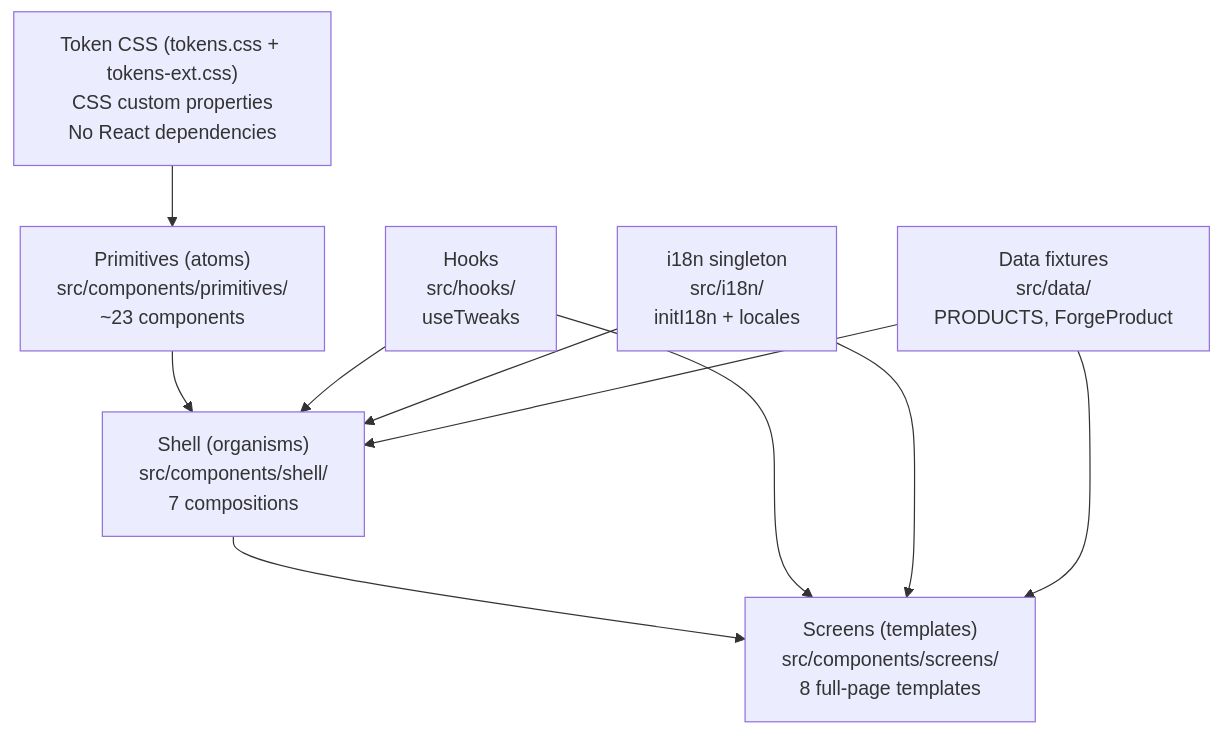
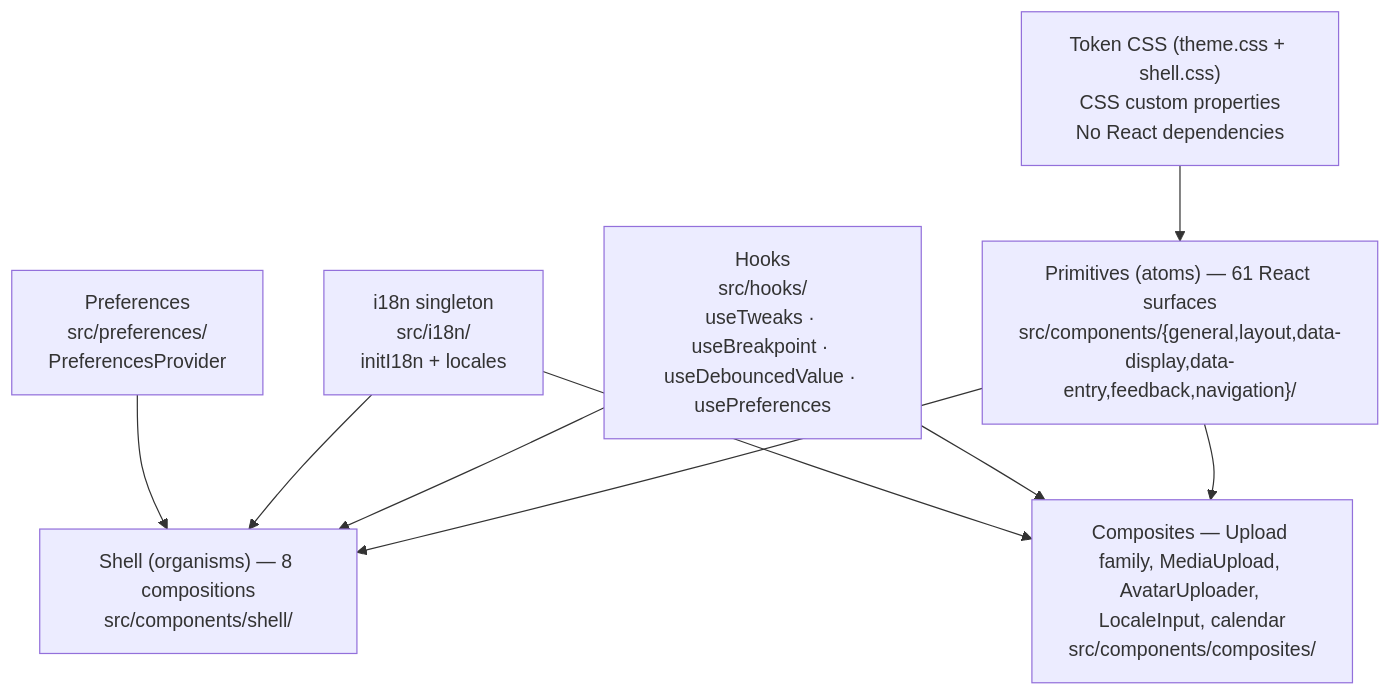
Before and after one commit to godx-jp/godxjp-ui: the diagram in docs/explanation/architecture.md, drawn with Mermaid. The commit also changed other lines of this file and 110 other files, not shown here.

````diff
--- a/docs/explanation/architecture.md
+++ b/docs/explanation/architecture.md
@@ -15,20 +20,19 @@
 ```mermaid
 flowchart TD
-    CSS["Token CSS (tokens.css + tokens-ext.css)\nCSS custom properties\nNo React dependencies"]
-    PRIMS["Primitives (atoms)\nsrc/components/primitives/\n~23 components"]
-    SHELL["Shell (organisms)\nsrc/components/shell/\n7 compositions"]
-    SCREENS["Screens (templates)\nsrc/components/screens/\n8 full-page templates"]
-    HOOKS["Hooks\nsrc/hooks/\nuseTweaks"]
+    CSS["Token CSS (theme.css + shell.css)\nCSS custom properties\nNo React dependencies"]
+    PRIMS["Primitives (atoms) — 61 React surfaces\nsrc/components/{general,layout,data-display,data-entry,feedback,navigation}/"]
+    SHELL["Shell (organisms) — 8 compositions\nsrc/components/shell/"]
+    COMP["Composites — Upload family, MediaUpload, AvatarUploader, LocaleInput, calendar\nsrc/components/composites/"]
+    HOOKS["Hooks\nsrc/hooks/\nuseTweaks · useBreakpoint · useDebouncedValue · usePreferences"]
     I18N["i18n singleton\nsrc/i18n/\ninitI18n + locales"]
-    DATA["Data fixtures\nsrc/data/\nPRODUCTS, ForgeProduct"]
+    PREFS["Preferences\nsrc/preferences/\nPreferencesProvider"]
 
     CSS --> PRIMS
     PRIMS --> SHELL
-    SHELL --> SCREENS
+    PRIMS --> COMP
     HOOKS --> SHELL
-    HOOKS --> SCREENS
+    HOOKS --> COMP
     I18N --> SHELL
-    I18N --> SCREENS
-    DATA --> SHELL
-    DATA --> SCREENS
+    I18N --> COMP
+    PREFS --> SHELL
 ```
````
